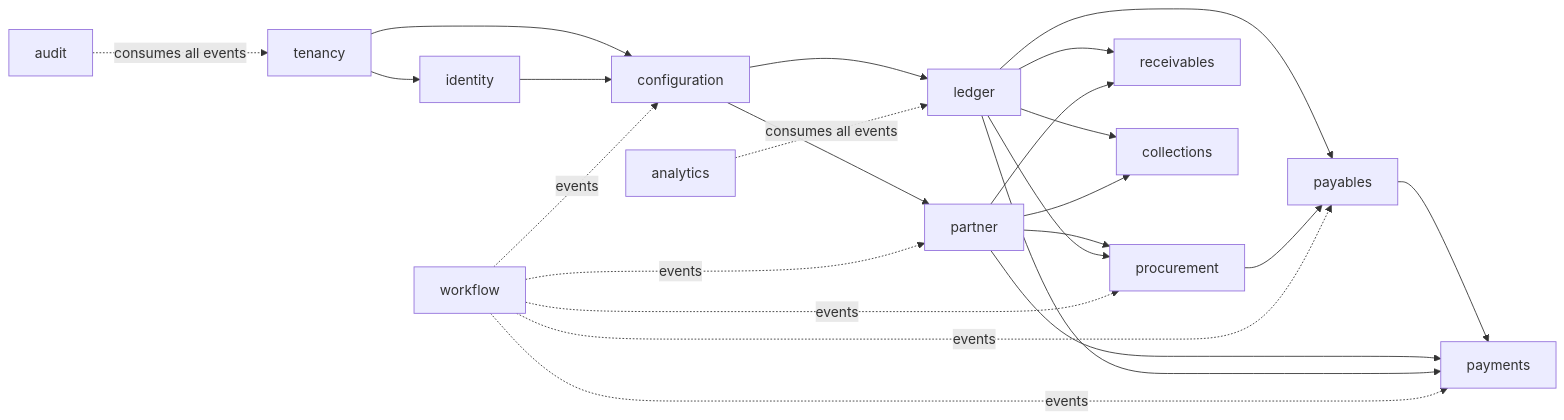
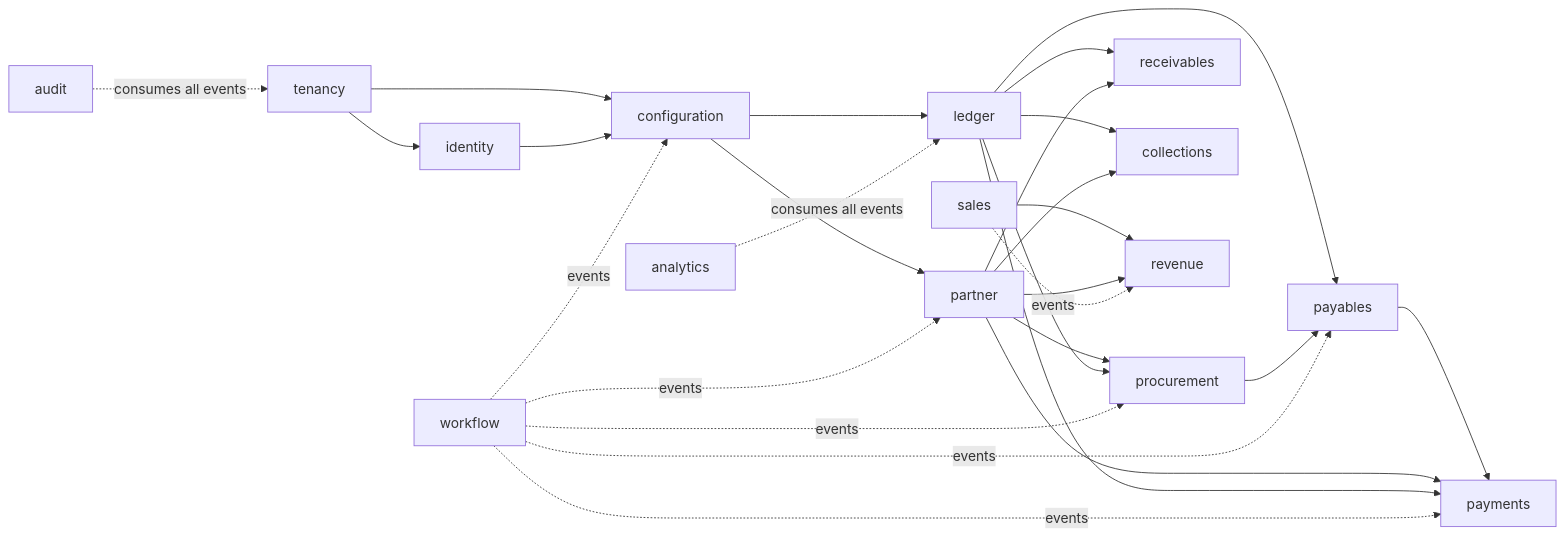
The first of 2 diagrams in docs/design/02-architecture.md (mustie7iy/agentic-erp), drawn with Mermaid before and after one commit. The commit also changed other lines of this file and 44 other files, not shown here.

````diff
--- a/docs/design/02-architecture.md
+++ b/docs/design/02-architecture.md
@@ -67,26 +68,29 @@
 ```mermaid
 flowchart LR
   tenancy --> identity
   tenancy --> configuration
   identity --> configuration
   configuration --> partner
   configuration --> ledger
   partner --> procurement
   ledger --> procurement
   ledger --> payables
   procurement --> payables
   ledger --> receivables
   partner --> receivables
   ledger --> collections
   partner --> collections
+  sales --> revenue
+  partner --> revenue
+  sales -.events.-> revenue
   payables --> payments
   partner --> payments
   ledger --> payments
   workflow -.events.-> procurement
   workflow -.events.-> payables
   workflow -.events.-> payments
   workflow -.events.-> partner
   workflow -.events.-> configuration
   audit -.consumes all events.-> tenancy
   analytics -.consumes all events.-> ledger
 ```
````
